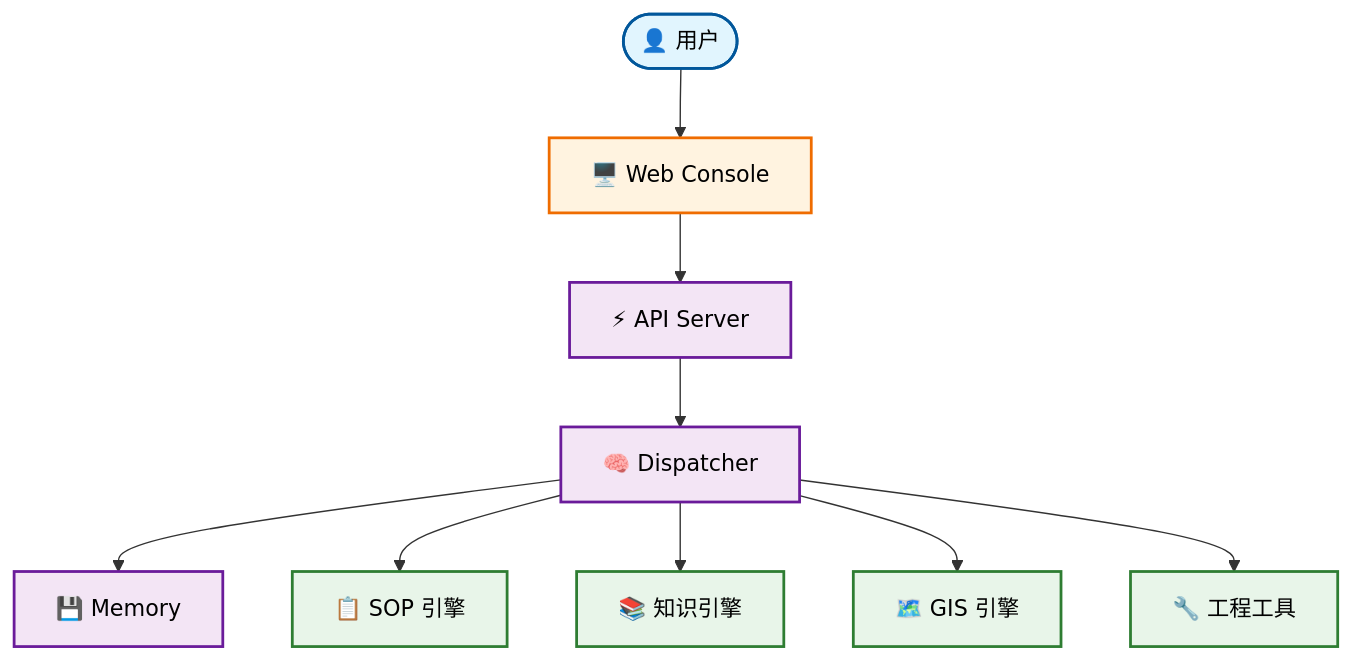
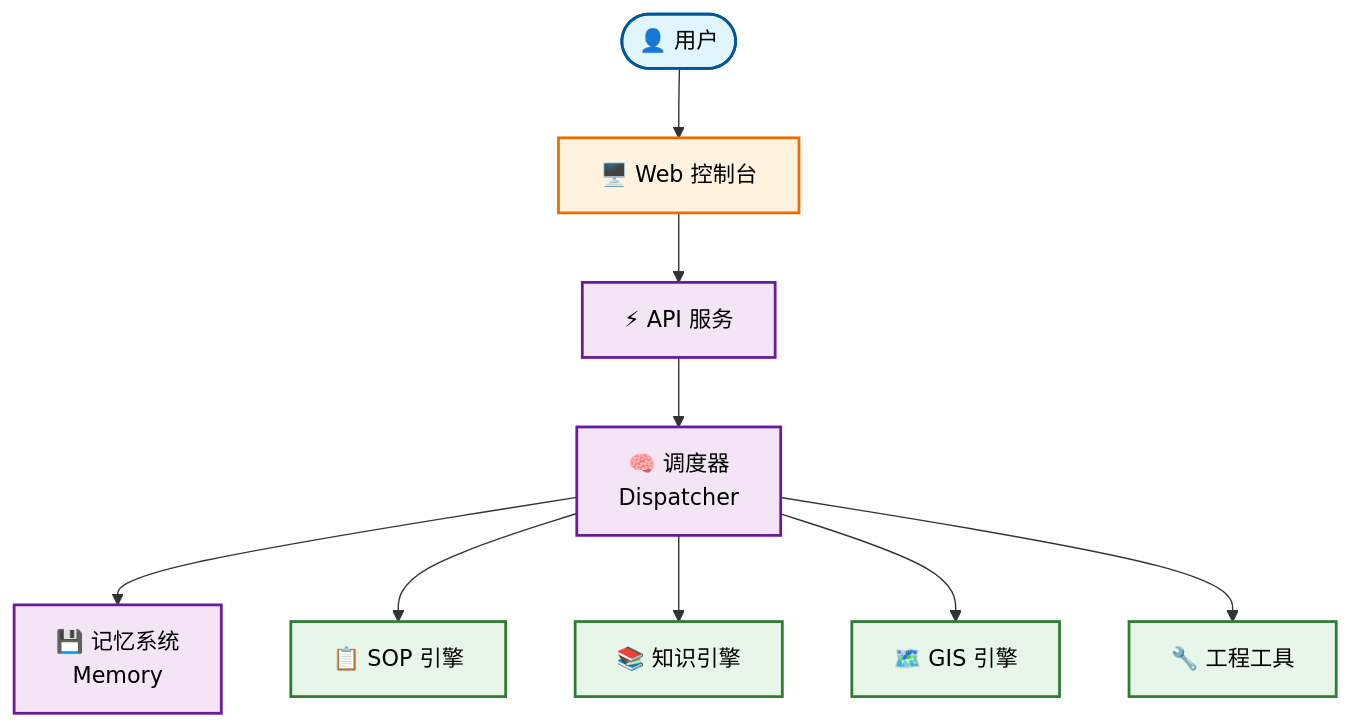
One commit to 0mao0/AnGIneer changed the first of 6 diagrams in README.md. Above: the diagram before and after it, drawn with Mermaid. The commit also changed other lines of this file, not shown here.

Commit message:
v0.0.22 docs: 更新README中的流程图中文标签和函数说明 重点修改TableLookup，可能换为LLM模式以适应规范中各式各样的表格样式

````diff
--- a/README.md
+++ b/README.md
@@ -21,22 +21,22 @@
 ```mermaid
 flowchart TD
     %% 样式定义
     classDef user fill:#e1f5fe,stroke:#01579b,stroke-width:2px,color:#000
     classDef frontend fill:#fff3e0,stroke:#ef6c00,stroke-width:2px,color:#000
     classDef core fill:#f3e5f5,stroke:#6a1b9a,stroke-width:2px,color:#000
     classDef service fill:#e8f5e9,stroke:#2e7d32,stroke-width:2px,color:#000
-    
-    U(["👤 用户"]) --> W["🖥️ Web Console"]
-    W --> A["⚡ API Server"]
-    A --> D["🧠 Dispatcher"]
-    D --> M["💾 Memory"]
+
+    U(["👤 用户"]) --> W["🖥️ Web 控制台"]
+    W --> A["⚡ API 服务"]
+    A --> D["🧠 调度器<br>Dispatcher"]
+    D --> M["💾 记忆系统<br>Memory"]
     D --> S["📋 SOP 引擎"]
     D --> Doc["📚 知识引擎"]
     D --> G["🗺️ GIS 引擎"]
     D --> E["🔧 工程工具"]
-    
+
     class U user
     class W frontend
     class A,D,M core
     class S,Doc,G,E service
 ```
````
